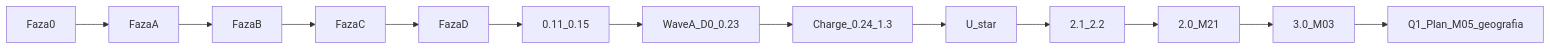
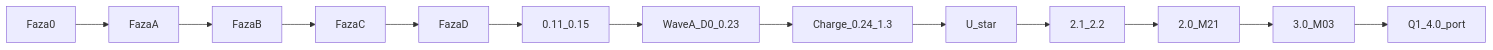
The diagram in docs/PLAN-REALIZACJA.md (Spawn2018/OmniRoute), drawn with Mermaid before and after one commit. The commit also changed other lines of this file and 12 other files, not shown here.

````diff
--- a/docs/PLAN-REALIZACJA.md
+++ b/docs/PLAN-REALIZACJA.md
@@ -15,15 +15,15 @@
 ```mermaid
 flowchart LR
   P0[Faza0] --> PA[FazaA]
   PA --> PB[FazaB]
   PB --> PC[FazaC]
   PC --> PD[FazaD]
   PD --> L15[0.11_0.15]
   L15 --> WA[WaveA_D0_0.23]
   WA --> CH[Charge_0.24_1.3]
   CH --> FE[U_star]
   FE --> AI[2.1_2.2]
   AI --> Q[2.0_M21]
   Q --> S[3.0_M03]
-  S --> Q1[Q1_Plan_M05_geografia]
+  S --> Q1[Q1_4.0_port]
 ```
````
